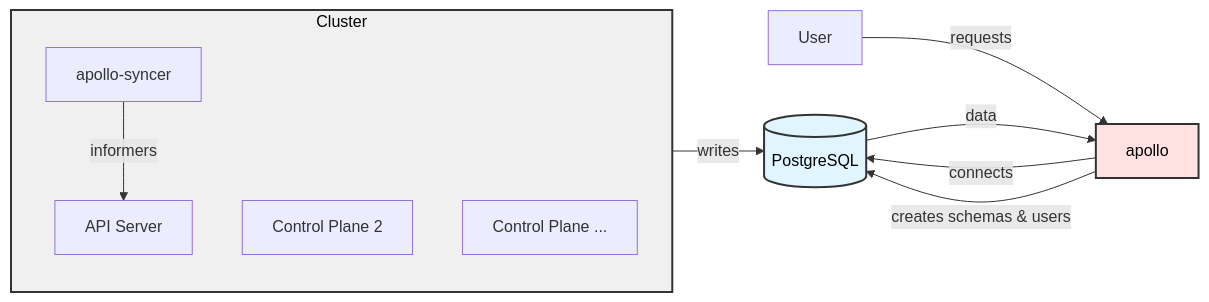
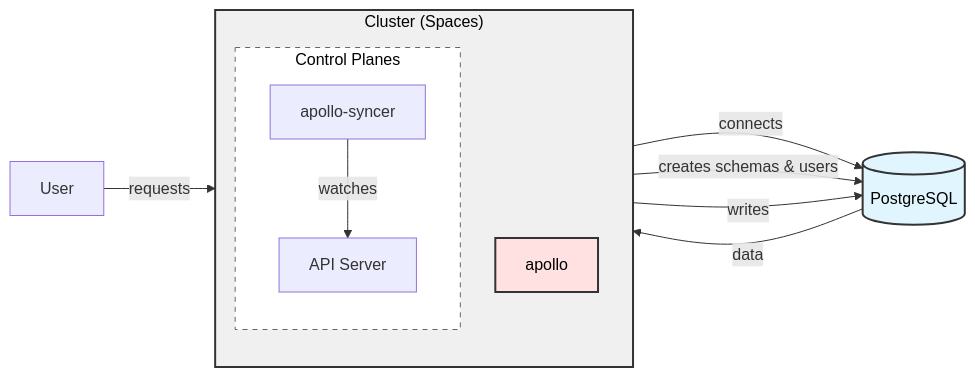
The diagram in docs/manuals/spaces/howtos/self-hosted/query-api.md (upbound/docs), drawn with Mermaid before and after one commit. The commit also changed other lines of this file, not shown here.

Commit message:
Update mermaid diagram

````diff
--- a/docs/manuals/spaces/howtos/self-hosted/query-api.md
+++ b/docs/manuals/spaces/howtos/self-hosted/query-api.md
@@ -94,27 +94,31 @@
 ```mermaid
 graph LR
     User[User]
-    Apollo[apollo]
+    
+    subgraph Cluster["Cluster (Spaces)"]
+        direction TB
+        Apollo[apollo]
+        
+        subgraph ControlPlanes["Control Planes"]
+            APIServer[API Server]
+            Syncer[apollo-syncer]
+        end
+    end
+    
     PostgreSQL[(PostgreSQL)]
     
-    subgraph ControlPlanes["Cluster"]
-        direction TB
-        APIServer1[API Server]
-        Syncer1[apollo-syncer]
-        CP2["Control Plane 2"]
-        CPn["Control Plane ..."]
-    end
+    User -->|requests| Apollo
     
-    User -->|requests| Apollo
     Apollo -->|connects| PostgreSQL
     Apollo -->|creates schemas & users| PostgreSQL
     
-    Syncer1 -->|informers| APIServer1
-    Syncer1 -->|writes| PostgreSQL
+    Syncer -->|watches| APIServer
+    Syncer -->|writes| PostgreSQL
     
     PostgreSQL -->|data| Apollo
     
     style PostgreSQL fill:#e1f5ff,stroke:#333,stroke-width:2px,color:#000
     style Apollo fill:#ffe1e1,stroke:#333,stroke-width:2px,color:#000
-    style ControlPlanes fill:#f0f0f0,stroke:#333,stroke-width:2px,color:#000
+    style Cluster fill:#f0f0f0,stroke:#333,stroke-width:2px,color:#000
+    style ControlPlanes fill:#fff,stroke:#666,stroke-width:1px,stroke-dasharray: 5 5,color:#000
 ```
````
